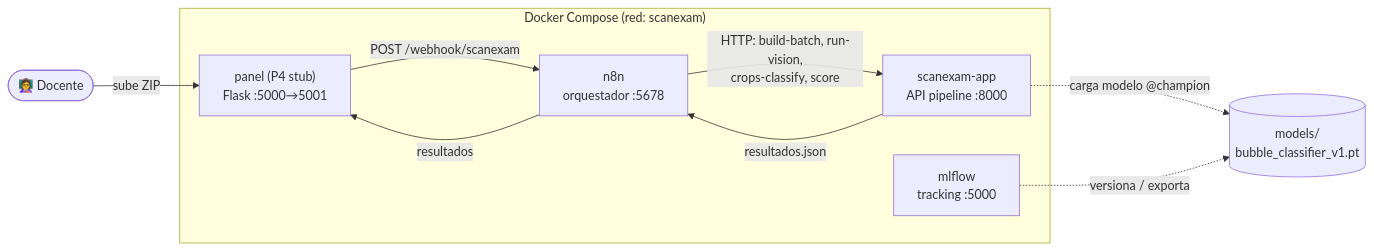
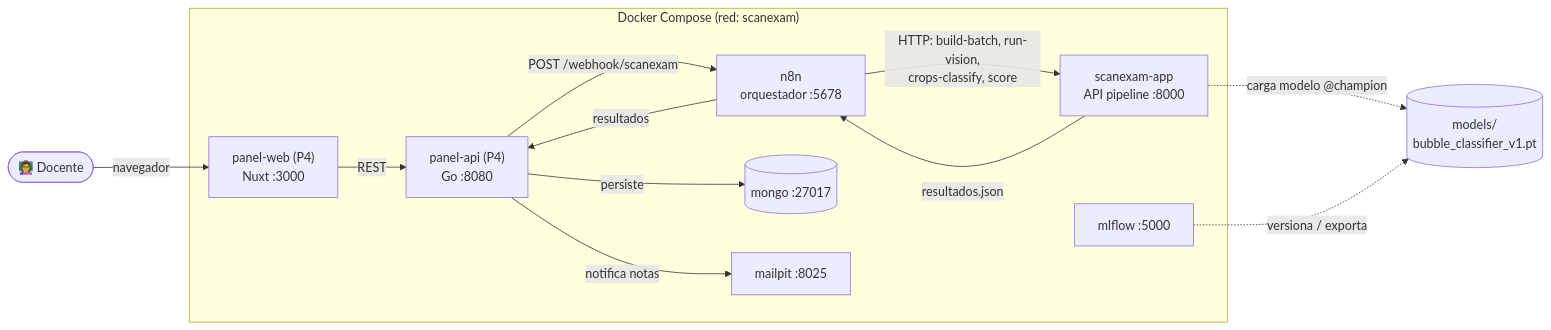
Before and after one commit to KarloToro/ScanExam: the first of 2 diagrams in docs/INTEGRACION.md, drawn with Mermaid. The commit also changed other lines of this file, not shown here.

First line of the commit message:
docs(integration): update guide for the production panel (Go + Nuxt)

````diff
--- a/docs/INTEGRACION.md
+++ b/docs/INTEGRACION.md
@@ -20,18 +21,24 @@
 ```mermaid
 flowchart LR
-    Docente([👩‍🏫 Docente]) -->|sube ZIP| Panel
+    Docente([👩‍🏫 Docente]) -->|navegador| Web
 
     subgraph Docker["Docker Compose (red: scanexam)"]
-        Panel["panel (P4 stub)<br/>Flask :5000→5001"]
+        Web["panel-web (P4)<br/>Nuxt :3000"]
+        PAPI["panel-api (P4)<br/>Go :8080"]
         N8N["n8n<br/>orquestador :5678"]
         API["scanexam-app<br/>API pipeline :8000"]
-        MLflow["mlflow<br/>tracking :5000"]
+        Mongo[("mongo :27017")]
+        Mail["mailpit :8025"]
+        MLflow["mlflow :5000"]
     end
 
-    Panel -->|"POST /webhook/scanexam"| N8N
+    Web -->|REST| PAPI
+    PAPI -->|"POST /webhook/scanexam"| N8N
     N8N -->|"HTTP: build-batch, run-vision,<br/>crops-classify, score"| API
     API -.->|"carga modelo @champion"| Modelo[("models/<br/>bubble_classifier_v1.pt")]
     MLflow -.->|"versiona / exporta"| Modelo
     API -->|resultados.json| N8N
-    N8N -->|resultados| Panel
+    N8N -->|resultados| PAPI
+    PAPI -->|persiste| Mongo
+    PAPI -->|notifica notas| Mail
 ```
````
